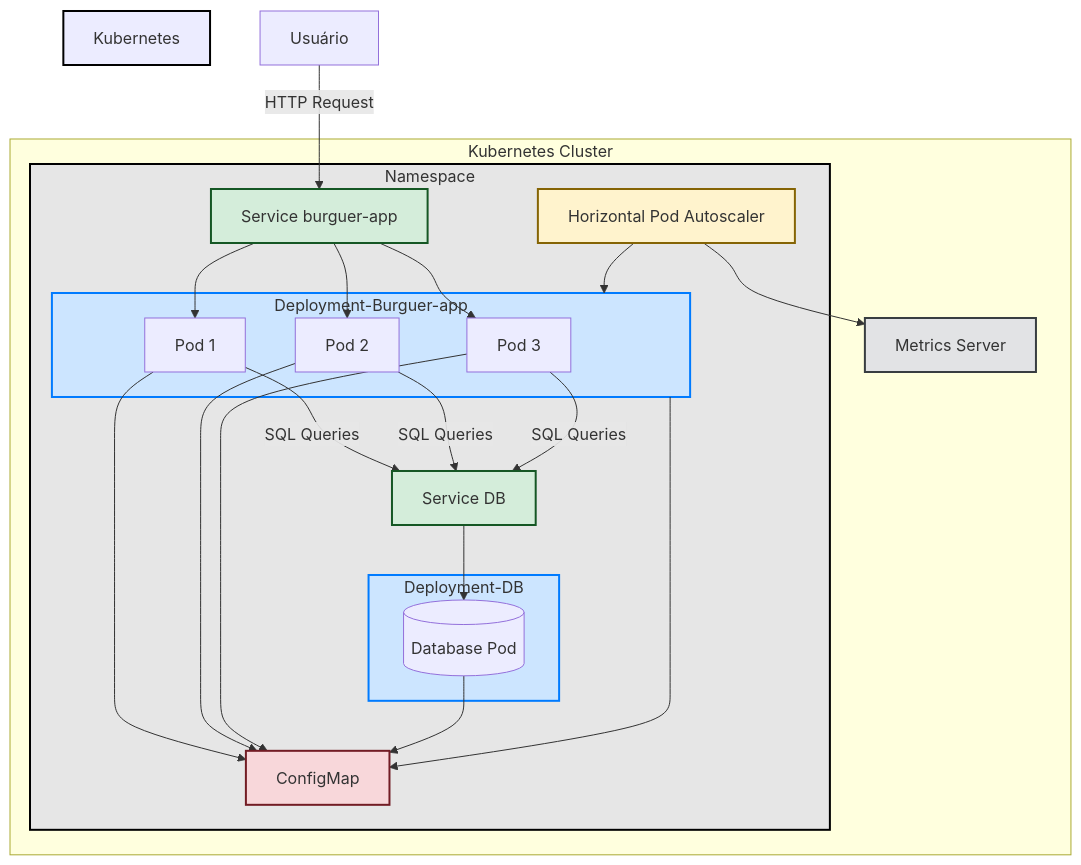
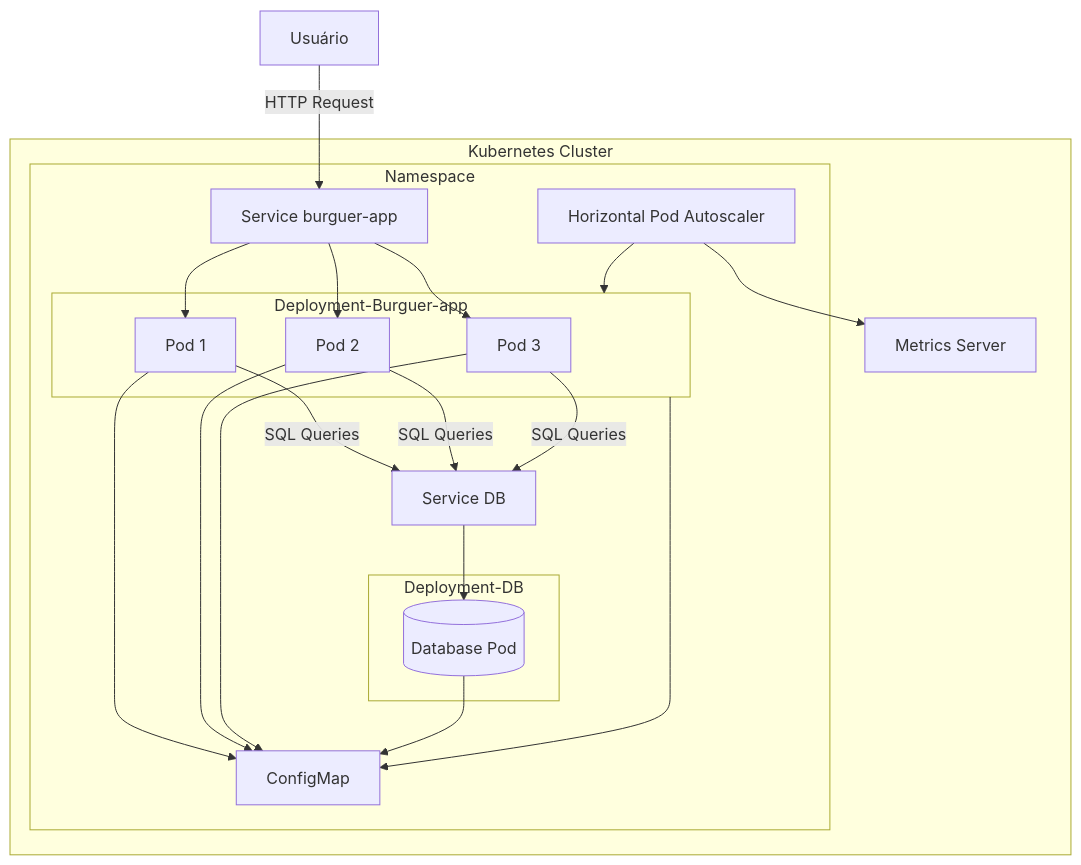
The diagram in README.md (GuiMM/fiap-51burguer), drawn with Mermaid before and after one commit. The commit also changed other lines of this file, not shown here.

Commit message:
Sobe modelo de arquitetura K8s

````diff
--- a/README.md
+++ b/README.md
@@ -53,45 +53,38 @@
 ```Mermaid
+
     graph TB
     subgraph Kubernetes Cluster
-        style Kubernetes Cluster fill:#f9f9f9,stroke:#000,stroke-width:2px
         subgraph Namespace
-            style Namespace fill:#e6e6e6,stroke:#000,stroke-width:2px
             subgraph Deployment-Burguer-app
-                style Deployment-Burguer-app fill:#cce5ff,stroke:#007bff,stroke-width:2px
                 Pod1[Pod 1]
                 Pod2[Pod 2]
                 Pod3[Pod 3]
             end
             subgraph Deployment-DB
-                style Deployment-DB fill:#cce5ff,stroke:#007bff,stroke-width:2px
                 DatabasePod[(Database Pod)]
             end
             AppService[Service burguer-app]
-            style AppService fill:#d4edda,stroke:#155724,stroke-width:2px
             HPA[Horizontal Pod Autoscaler]
-            style HPA fill:#fff3cd,stroke:#856404,stroke-width:2px
             ConfigMap[ConfigMap]
-            style ConfigMap fill:#f8d7da,stroke:#721c24,stroke-width:2px
             DatabaseService[Service DB]
-            style DatabaseService fill:#d4edda,stroke:#155724,stroke-width:2px
         end
         MetricsServer[Metrics Server]
-        style MetricsServer fill:#e2e3e5,stroke:#383d41,stroke-width:2px
     end
 
     User[Usuário] -->|HTTP Request| AppService
     AppService --> Pod1
     AppService --> Pod2
     AppService --> Pod3
     HPA --> Deployment-Burguer-app
     HPA --> MetricsServer
     Pod1 --> ConfigMap
     Pod2 --> ConfigMap
     Pod3 --> ConfigMap
     Pod1 -->|SQL Queries| DatabaseService
     Pod2 -->|SQL Queries| DatabaseService
     Pod3 -->|SQL Queries| DatabaseService
     DatabaseService --> DatabasePod
     DatabasePod --> ConfigMap
     Deployment-Burguer-app --> ConfigMap
+
 ``` 
````
